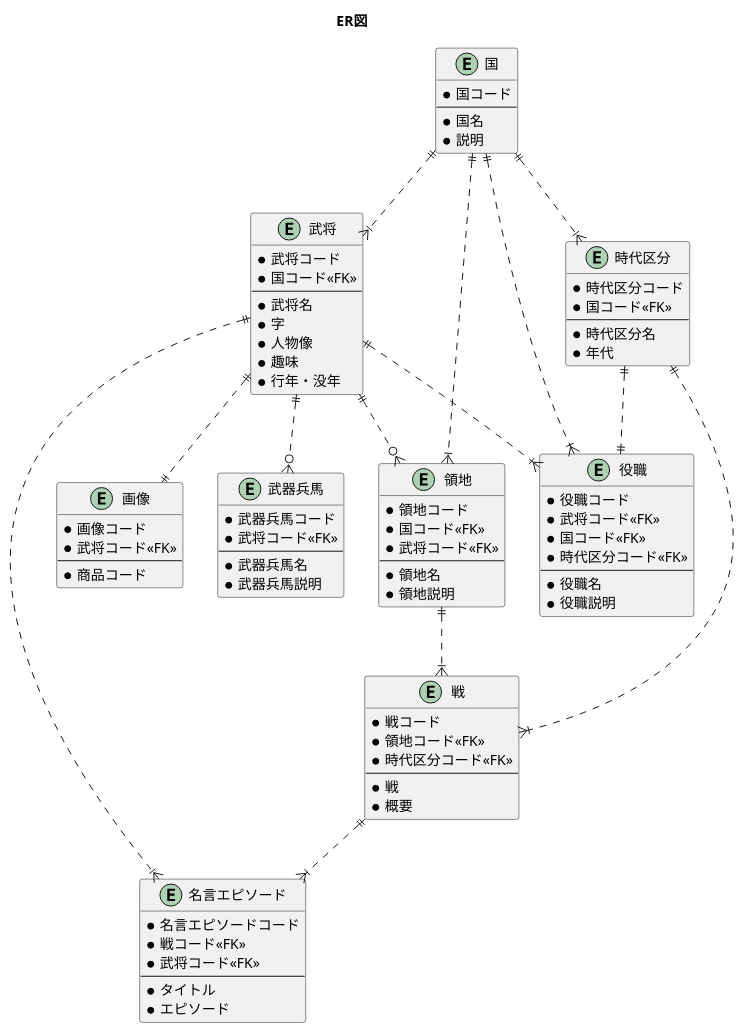
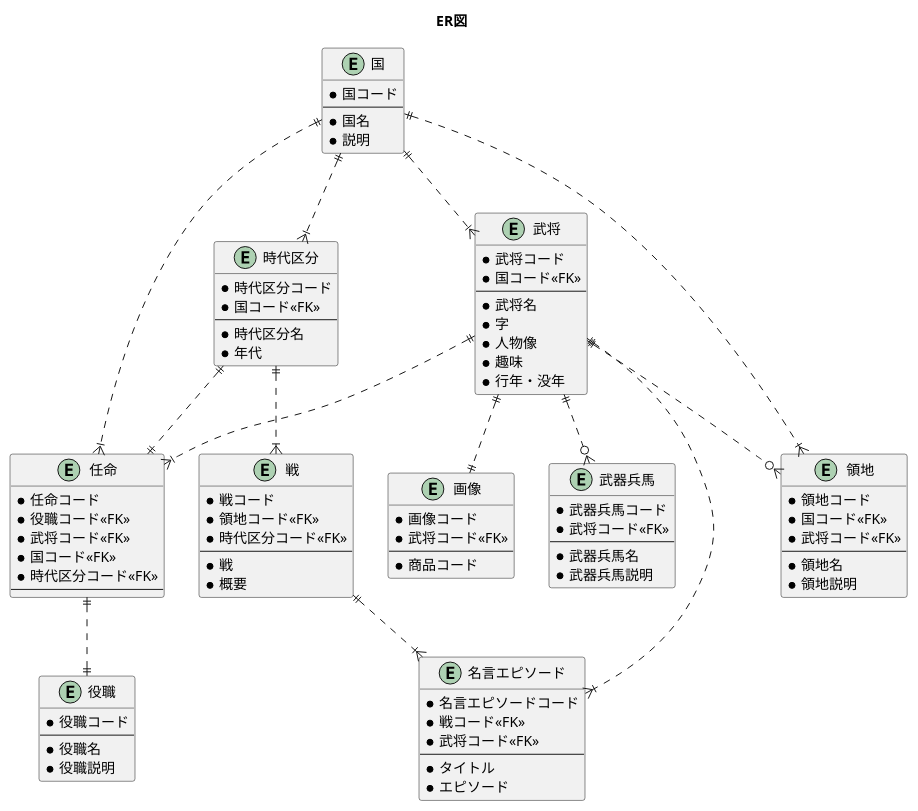
One commit to pnskh112/sangokushi-api-document changed the diagram in 30_design/dd/dd_sangokushiApi/dd_er_diagram.md. Above: the diagram before and after it, drawn with PlantUML. The commit also changed 19 other files, not shown here.

```diff
--- a/30_design/dd/dd_sangokushiApi/dd_er_diagram.md
+++ b/30_design/dd/dd_sangokushiApi/dd_er_diagram.md
@@ -39,12 +39,18 @@
 
 entity 役職{
   * 役職コード
+  --
+  * 役職名
+  * 役職説明
+}
+
+entity 任命{
+  * 任命コード
+  * 役職コード<<FK>>
   * 武将コード<<FK>>
   * 国コード<<FK>>
   * 時代区分コード<<FK>>
   --
-  * 役職名
-  * 役職説明
 }
 
 entity 画像{
@@ -89,16 +95,16 @@
   * エピソード
 }
 
-国 ||..|{ 役職
+国 ||..|{ 任命
 国 ||..|{ 領地
 国 ||..|{ 武将
 国 ||..|{ 時代区分
-時代区分 ||..|| 役職
-武将 ||..|{ 役職
-武将 ||..|| 画像
+時代区分 ||..|| 任命
+武将 ||..|{ 任命
+任命 ||..|| 役職
 武将 ||..o{ 武器兵馬
 武将 ||..o{ 領地
-領地 ||..|{ 戦
+武将 ||..|| 画像
 時代区分 ||..|{ 戦
 戦 ||..|{ 名言エピソード
 武将 ||..|{ 名言エピソード
```
